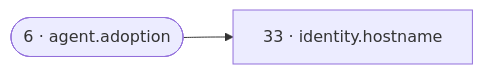
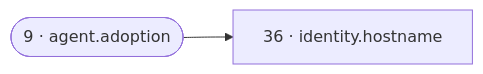
The eighth of 21 diagrams in reference/reconcile-dag.md (SixFive7/FrameLink), drawn with Mermaid before and after one commit. The commit also changed other lines of this file and 12 other files, not shown here.

````diff
--- a/reference/reconcile-dag.md
+++ b/reference/reconcile-dag.md
@@ -286,6 +330,6 @@
 ```mermaid
 flowchart LR
-  r33["33 · identity.hostname"]
-  r6(["6 · agent.adoption"])
-  r6 --> r33
+  r36["36 · identity.hostname"]
+  r9(["9 · agent.adoption"])
+  r9 --> r36
 ```
````
